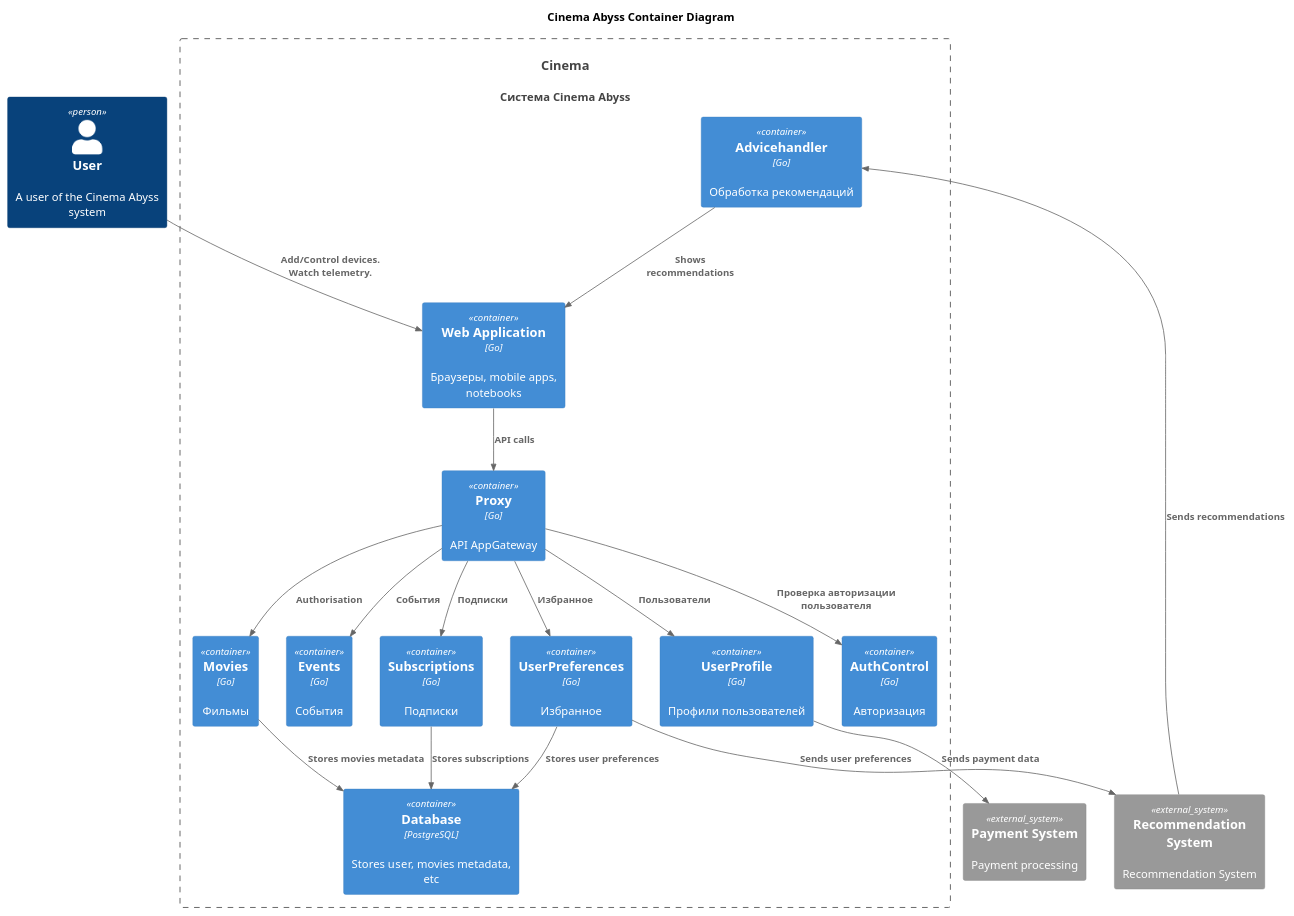
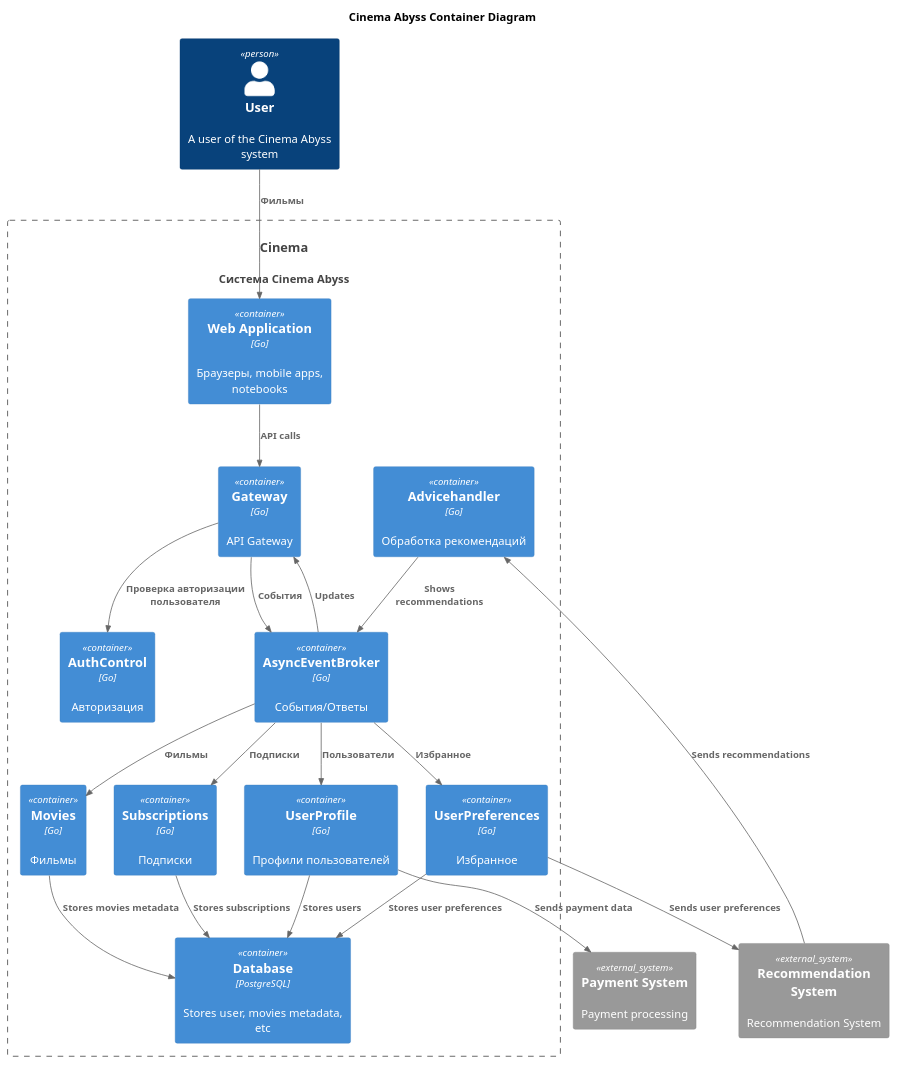
The diagram in diagrams/containers/containers.puml (maximp-gh/architecture-pro-cinemaabyss), drawn with PlantUML before and after one commit. The commit also changed 7 other files, not shown here.

```diff
--- a/diagrams/containers/containers.puml
+++ b/diagrams/containers/containers.puml
@@ -1,50 +1,50 @@
 @startuml
 title Cinema Abyss Container Diagram
 
 top to bottom direction
 
 !includeurl https://raw.githubusercontent.com/RicardoNiepel/C4-PlantUML/master/C4_Component.puml
 
-Person(user, "User", "A user of the Cinema Abyss system")
+Person(User, "User", "A user of the Cinema Abyss system")
 
 System(Cinema, "Cinema", "Система Cinema Abyss")
 
 System_Boundary(Cinema, "Cimema abyss") {
   Container(WebApp, "Web Application", "Go", "Браузеры, mobile apps, notebooks")
   
   Container(Database, "Database", "PostgreSQL", "Stores user, movies metadata, etc")
 
-  Container(Proxy, "Proxy", "Go", "API AppGateway")
+  Container(Proxy, "Gateway", "Go", "API Gateway")
   Container(AuthControl, "AuthControl", "Go", "Авторизация")
   Container(Movies, "Movies", "Go", "Фильмы")
-  Container(Events, "Events", "Go", "События")
+  Container(Events, "AsyncEventBroker", "Go", "События/Ответы")
   Container(UserProfile, "UserProfile", "Go", "Профили пользователей")
   Container(UserPreferences, "UserPreferences", "Go", "Избранное")
   Container(Subscriptions, "Subscriptions", "Go", "Подписки")
   
   Container(Advicehandler, "Advicehandler", "Go", "Обработка рекомендаций")
   
   }
 
 System_Ext(Adviser, "Recommendation System", "Recommendation System")
 System_Ext(payment,"Payment System", "Payment processing")
 
-Rel(user, WebApp, "Add/Control devices. Watch telemetry.")
-
-
+Rel(User, WebApp, "Фильмы")
 Rel(Proxy, AuthControl, "Проверка авторизации пользователя")
-Rel(Proxy, Movies, "Authorisation")
+Rel(Events, Movies, "Фильмы")
 Rel(Proxy, Events, "События")
-Rel(Proxy, UserProfile, "Пользователи")
-Rel(Proxy, Subscriptions, "Подписки")
-Rel(Proxy, UserPreferences, "Избранное")
+Rel(Events, UserProfile, "Пользователи")
+Rel(Events, Subscriptions, "Подписки")
+Rel(Events, UserPreferences, "Избранное")
+Rel(Events, Proxy, "Updates")
 
 Rel(WebApp, Proxy, "API calls")
 Rel(Movies, Database, "Stores movies metadata")
 Rel(Subscriptions, Database, "Stores subscriptions")
 Rel(UserPreferences, Database, "Stores user preferences")
+Rel(UserProfile, Database, "Stores users")
 Rel(UserProfile, payment, "Sends payment data")
 Rel(UserPreferences, Adviser, "Sends user preferences")
 Rel(Adviser, Advicehandler,  "Sends recommendations")
-Rel(Advicehandler, WebApp, "Shows recommendations")
+Rel(Advicehandler, Events, "Shows recommendations")
 @enduml
```
